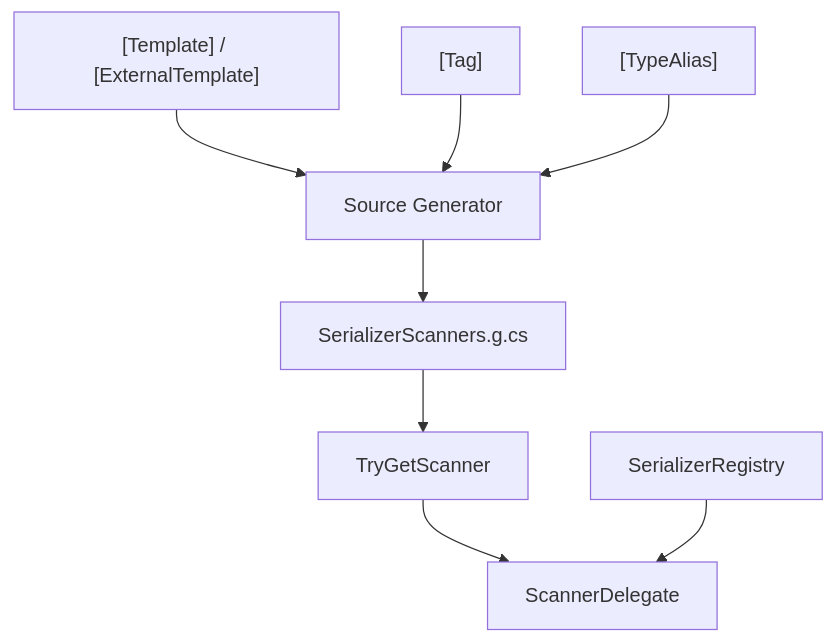
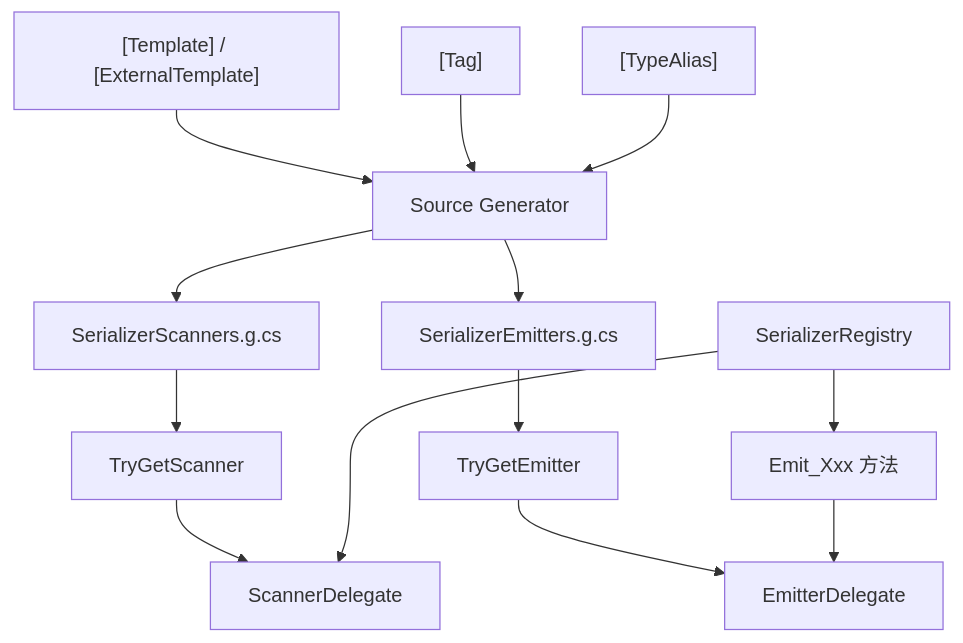
The diagram in docs/api/index.md (twds0x13/SourceSerializer), drawn with Mermaid before and after one commit. The commit also changed other lines of this file and 20 other files, not shown here.

````diff
--- a/docs/api/index.md
+++ b/docs/api/index.md
@@ -21,10 +22,15 @@
 ```mermaid
 flowchart TD
     A["[Template] / [ExternalTemplate]"] --> B[Source Generator]
     C["[Tag]"] --> B
     D["[TypeAlias]"] --> B
     B --> E[SerializerScanners.g.cs]
+    B --> E2[SerializerEmitters.g.cs]
     E --> F[TryGetScanner]
     F --> G[ScannerDelegate]
     H[SerializerRegistry] --> G
+    E2 --> K[TryGetEmitter]
+    K --> J[EmitterDelegate]
+    H --> I[Emit_Xxx 方法]
+    I --> J
 ```
````
